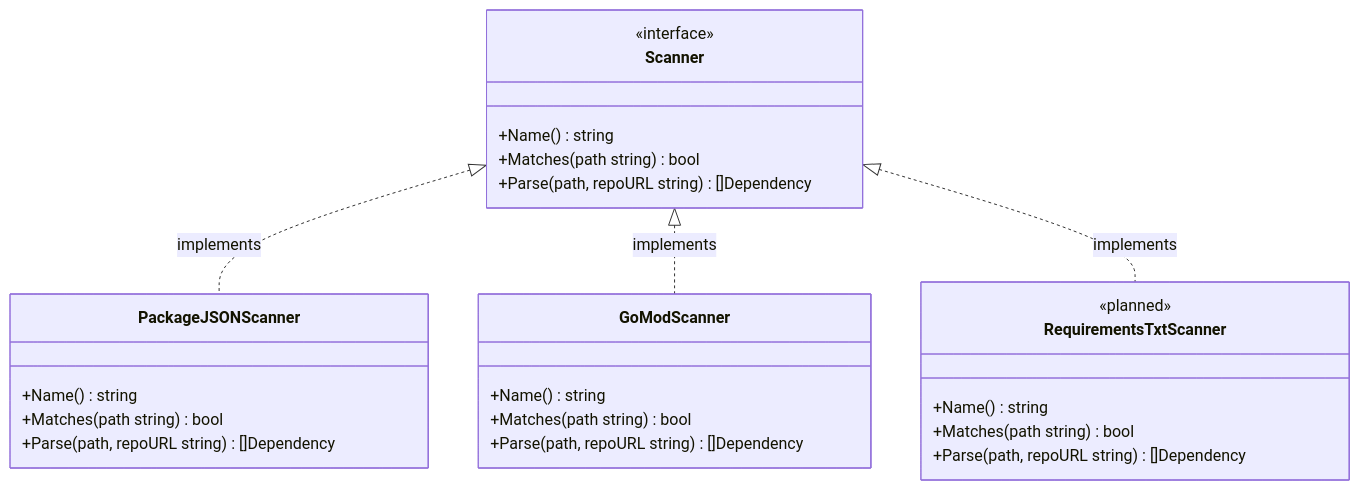
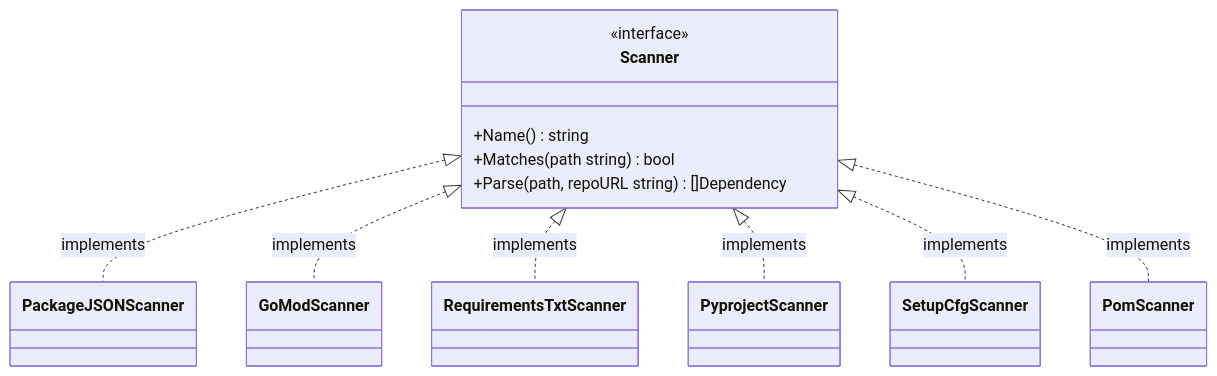
Before and after one commit to Holquaria/dep-health: the fourth of 17 diagrams in docs/architecture.md, drawn with Mermaid. The commit also changed other lines of this file and 26 other files, not shown here.

````diff
--- a/docs/architecture.md
+++ b/docs/architecture.md
@@ -200,32 +200,23 @@
 ```mermaid
 classDiagram
     class Scanner {
         <<interface>>
         +Name() string
         +Matches(path string) bool
         +Parse(path, repoURL string) []Dependency
     }
 
-    class PackageJSONScanner {
-        +Name() string
-        +Matches(path string) bool
-        +Parse(path, repoURL string) []Dependency
-    }
-
-    class GoModScanner {
-        +Name() string
-        +Matches(path string) bool
-        +Parse(path, repoURL string) []Dependency
-    }
-
-    class RequirementsTxtScanner {
-        <<planned>>
-        +Name() string
-        +Matches(path string) bool
-        +Parse(path, repoURL string) []Dependency
-    }
+    class PackageJSONScanner { }
+    class GoModScanner { }
+    class RequirementsTxtScanner { }
+    class PyprojectScanner { }
+    class SetupCfgScanner { }
+    class PomScanner { }
 
     Scanner <|.. PackageJSONScanner : implements
     Scanner <|.. GoModScanner : implements
     Scanner <|.. RequirementsTxtScanner : implements
+    Scanner <|.. PyprojectScanner : implements
+    Scanner <|.. SetupCfgScanner : implements
+    Scanner <|.. PomScanner : implements
 ```
````
